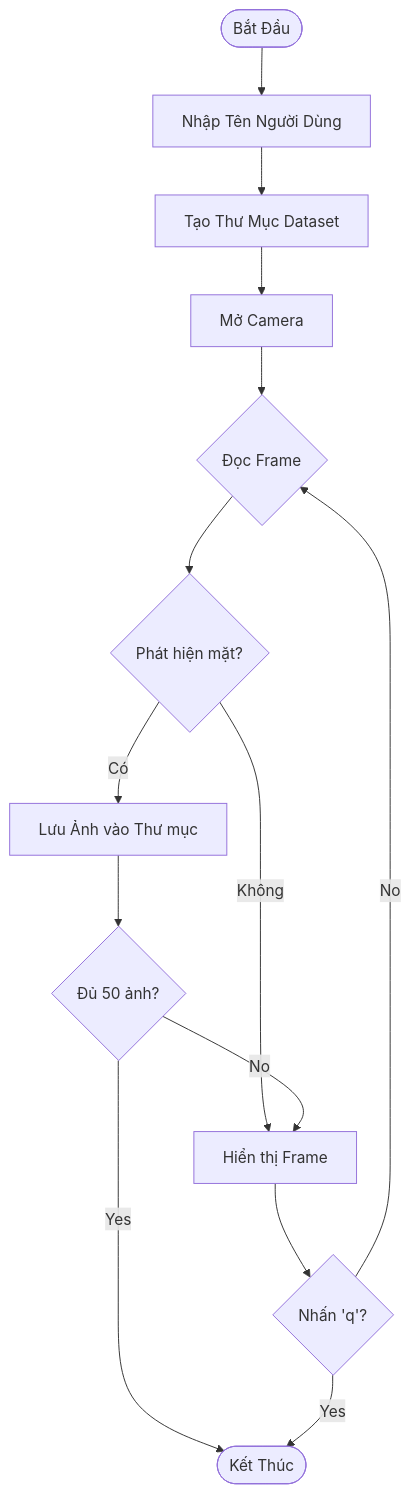
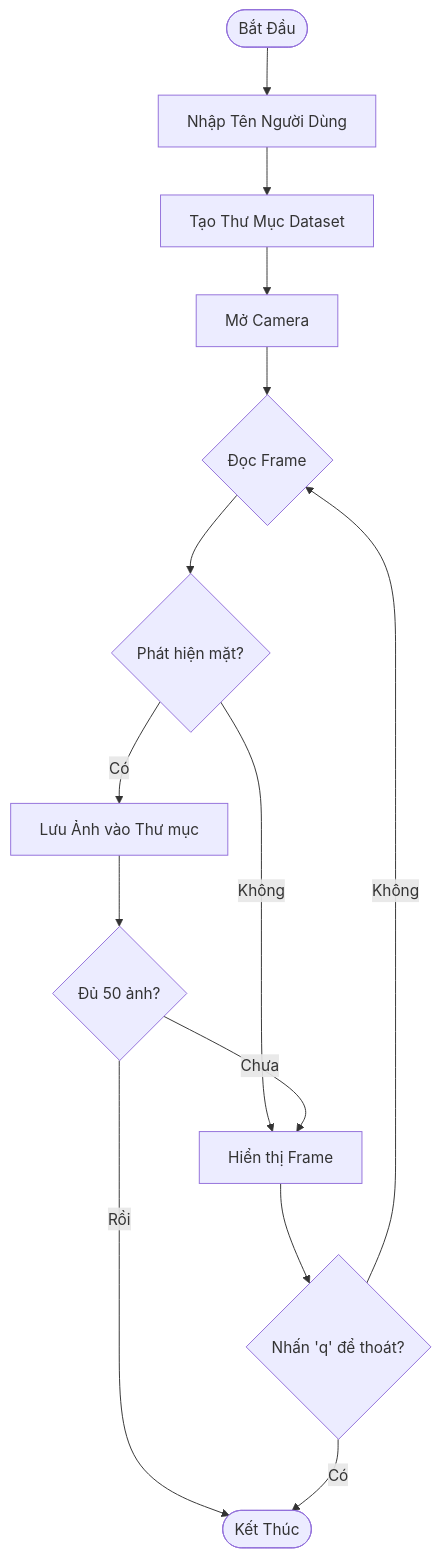
The second of 4 diagrams in REPORT.md (Johnyyd/Face-Access-Control), drawn with Mermaid before and after one commit. The commit also changed other lines of this file, not shown here.

````diff
--- a/REPORT.md
+++ b/REPORT.md
@@ -94,20 +94,20 @@
 ```mermaid
 flowchart TD
     Start([Bắt Đầu]) --> InputInfo[Nhập Tên Người Dùng]
     InputInfo --> CreateDir[Tạo Thư Mục Dataset]
     CreateDir --> OpenCam[Mở Camera]
 
     OpenCam --> Capture{Đọc Frame}
     Capture --> Detect{Phát hiện mặt?}
 
     Detect -- Không --> Show[Hiển thị Frame]
     Detect -- Có --> Save[Lưu Ảnh vào Thư mục]
     Save --> Count{Đủ 50 ảnh?}
 
-    Count -- No --> Show
-    Count -- Yes --> End([Kết Thúc])
+    Count -- Chưa --> Show
+    Count -- Rồi --> End([Kết Thúc])
 
-    Show --> Key{Nhấn 'q'?}
-    Key -- No --> Capture
-    Key -- Yes --> End
+    Show --> Key{Nhấn 'q' để thoát?}
+    Key -- Không --> Capture
+    Key -- Có --> End
 ```
````
